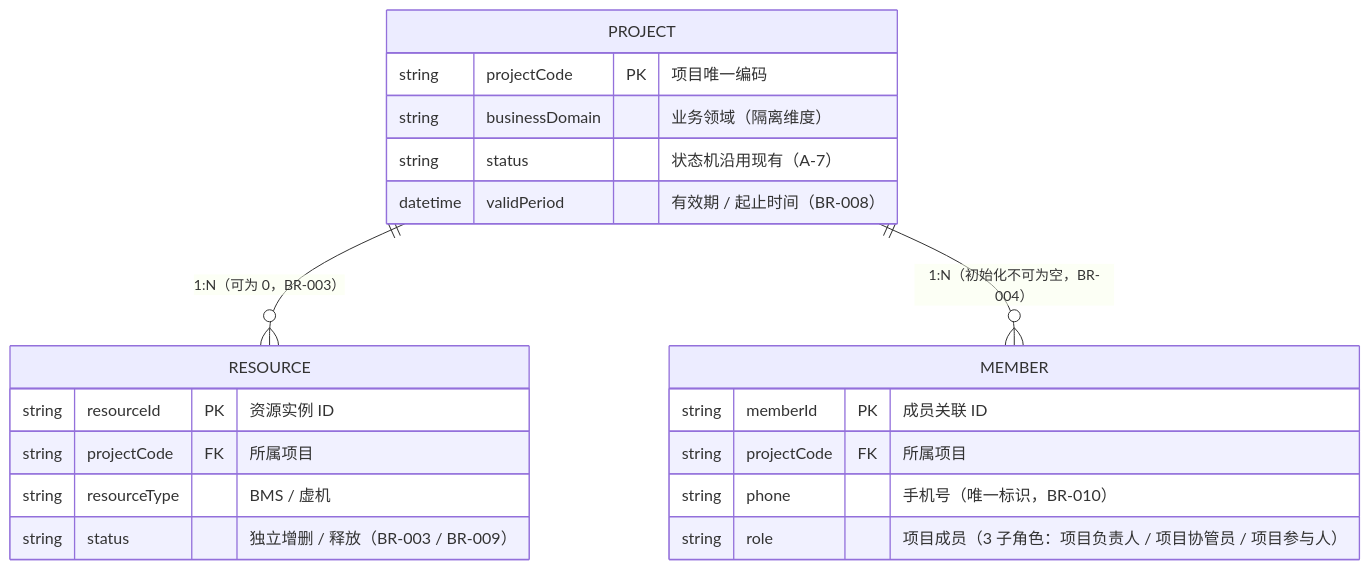
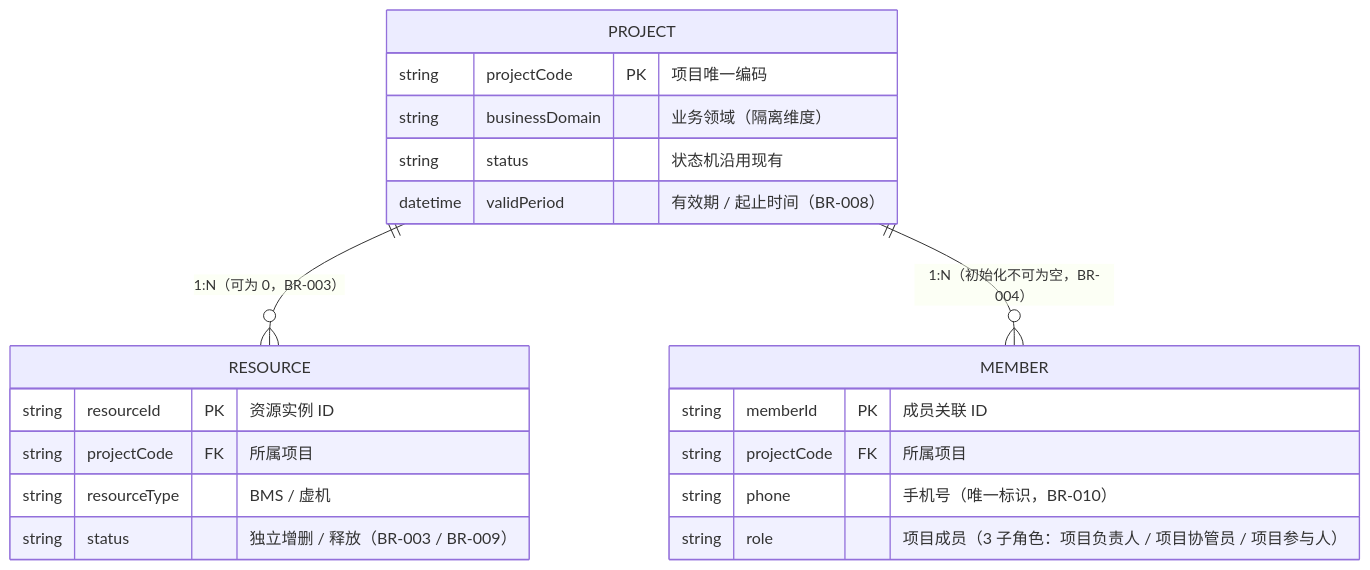
The first of 2 diagrams in 业务需求说明书.md (TerreMou/vue3-frontend-self-test), drawn with Mermaid before and after one commit. The commit also changed other lines of this file, not shown here.

````diff
--- a/业务需求说明书.md
+++ b/业务需求说明书.md
@@ -65,23 +77,23 @@
 ```mermaid
 erDiagram
     PROJECT ||--o{ RESOURCE : "1:N（可为 0，BR-003）"
     PROJECT ||--o{ MEMBER : "1:N（初始化不可为空，BR-004）"
     PROJECT {
         string projectCode PK "项目唯一编码"
         string businessDomain "业务领域（隔离维度）"
-        string status "状态机沿用现有（A-7）"
+        string status "状态机沿用现有"
         datetime validPeriod "有效期 / 起止时间（BR-008）"
     }
     RESOURCE {
         string resourceId PK "资源实例 ID"
         string projectCode FK "所属项目"
         string resourceType "BMS / 虚机"
         string status "独立增删 / 释放（BR-003 / BR-009）"
     }
     MEMBER {
         string memberId PK "成员关联 ID"
         string projectCode FK "所属项目"
         string phone "手机号（唯一标识，BR-010）"
         string role "项目成员（3 子角色：项目负责人 / 项目协管员 / 项目参与人）"
     }
 ```
````
